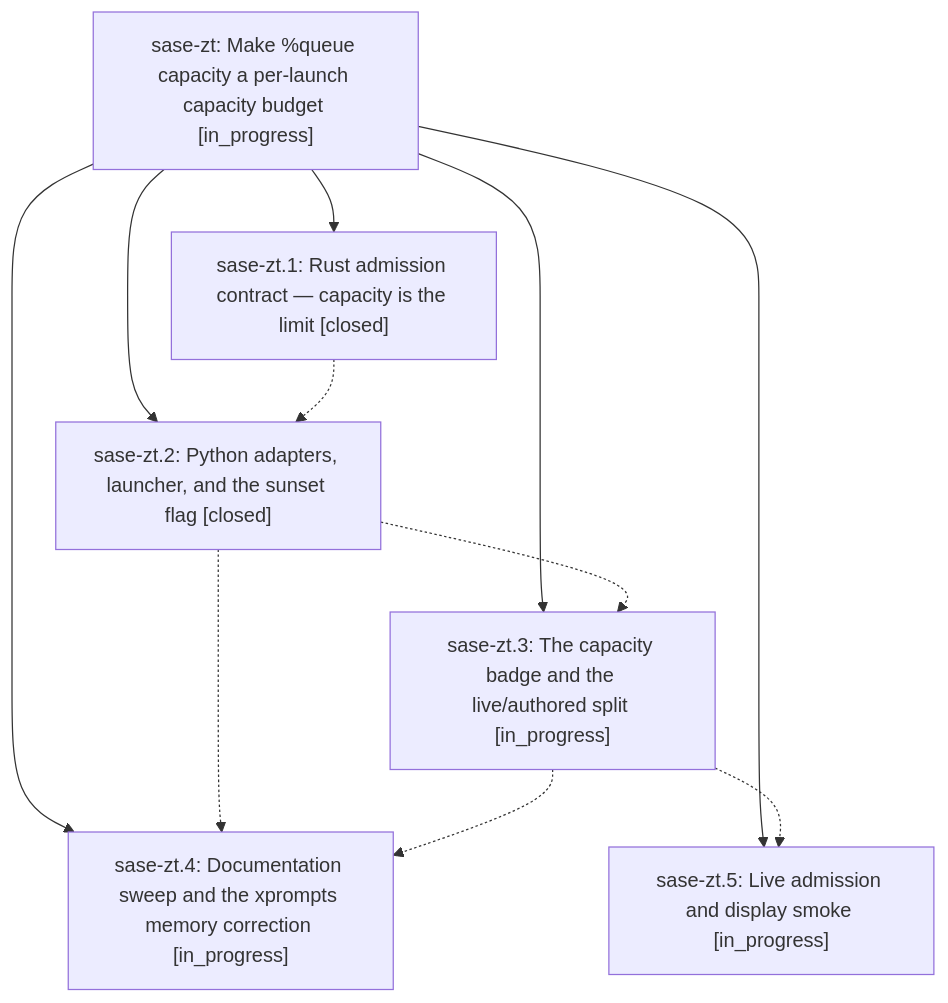
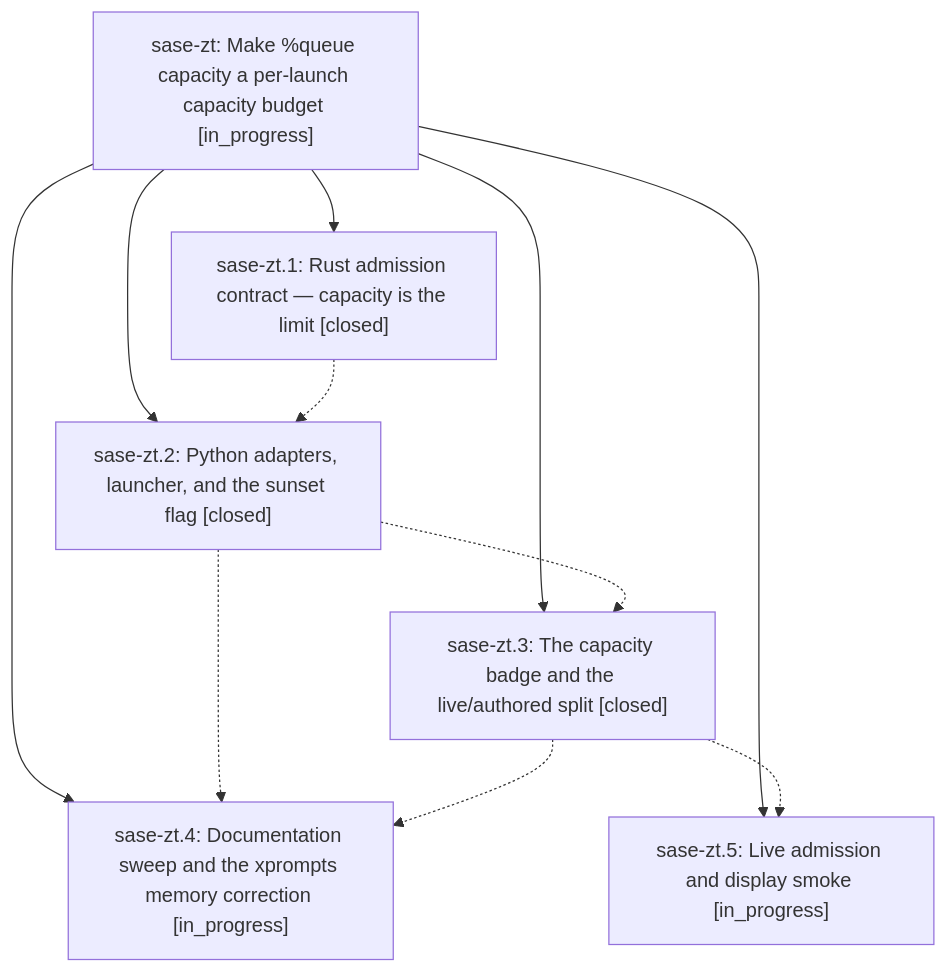
Before and after one commit to sase-org/sase--beads: the diagram in pages/sase-zt/README.md, drawn with Mermaid. The commit also changed other lines of this file and 4 other files, not shown here.

````diff
--- a/pages/sase-zt/README.md
+++ b/pages/sase-zt/README.md
@@ -30,19 +32,19 @@
 ```mermaid
 flowchart TD
     n0["sase-zt: Make %queue capacity a per-launch capacity budget [in_progress]"]
     n1["sase-zt.1: Rust admission contract — capacity is the limit [closed]"]
     n2["sase-zt.2: Python adapters, launcher, and the sunset flag [closed]"]
-    n3["sase-zt.3: The capacity badge and the live/authored split [in_progress]"]
+    n3["sase-zt.3: The capacity badge and the live/authored split [closed]"]
     n4["sase-zt.4: Documentation sweep and the xprompts memory correction [in_progress]"]
     n5["sase-zt.5: Live admission and display smoke [in_progress]"]
     n0 --> n1
     n0 --> n2
     n0 --> n3
     n0 --> n4
     n0 --> n5
     n1 -.-> n2
     n2 -.-> n3
     n2 -.-> n4
     n3 -.-> n4
     n3 -.-> n5
 ```
````
